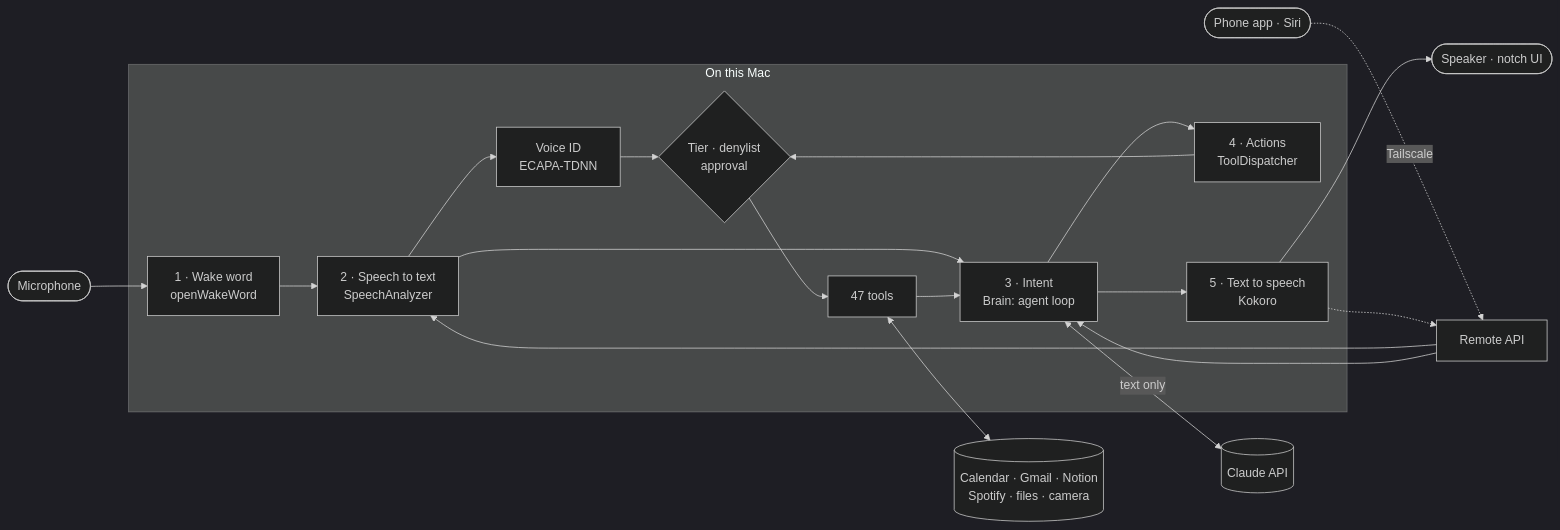
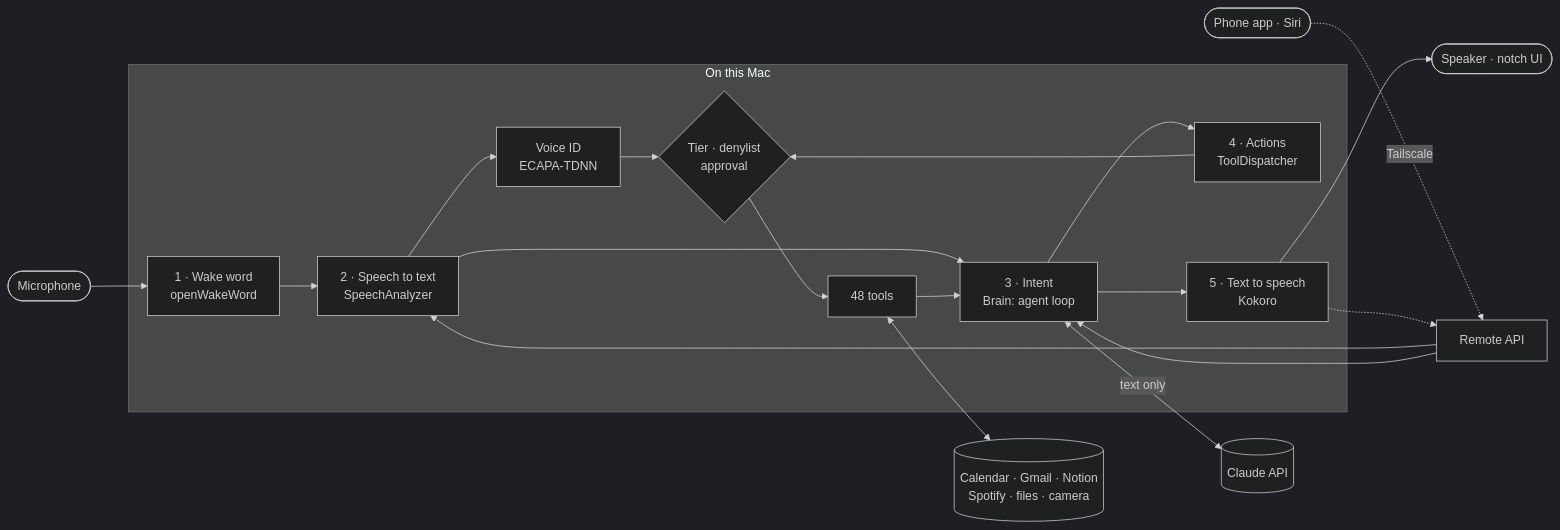
Before and after one commit to samarthpaliwal/Jarvis: the diagram in README.md, drawn with Mermaid (dark theme). The commit also changed other lines of this file and 15 other files, not shown here.

````diff
--- a/README.md
+++ b/README.md
@@ -37,24 +37,24 @@
 ```mermaid
 flowchart LR
     mic(["Microphone"]) --> wake
     phone(["Phone app · Siri"]) -. Tailscale .-> api["Remote API"]
     api --> stt
     api --> intent
 
     subgraph mac ["On this Mac"]
         wake["1 · Wake word<br/>openWakeWord"] --> stt["2 · Speech to text<br/>SpeechAnalyzer"]
         stt --> voiceid["Voice ID<br/>ECAPA-TDNN"]
         stt --> intent["3 · Intent<br/>Brain: agent loop"]
         intent --> actions["4 · Actions<br/>ToolDispatcher"]
         actions --> guard{"Tier · denylist<br/>approval"}
         voiceid --> guard
-        guard --> tools["47 tools"]
+        guard --> tools["48 tools"]
         tools --> intent
         intent --> tts["5 · Text to speech<br/>Kokoro"]
     end
 
     intent <-->|"text only"| claude[("Claude API")]
     tools <--> services[("Calendar · Gmail · Notion<br/>Spotify · files · camera")]
     tts --> speaker(["Speaker · notch UI"])
     tts -.-> api
 ```
````
